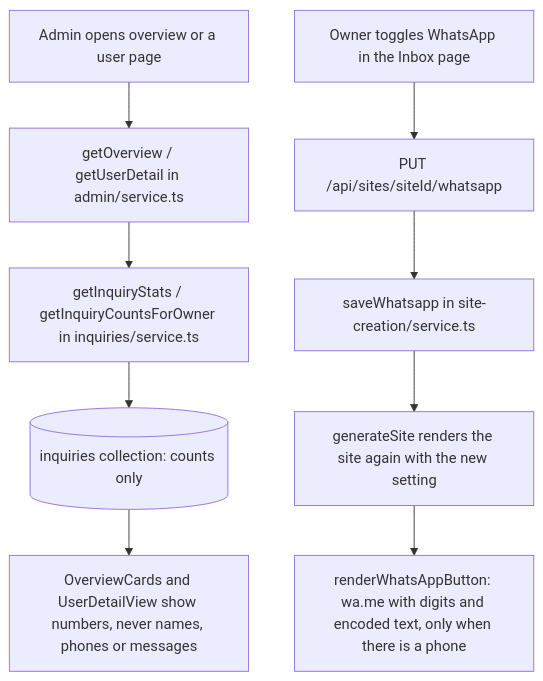
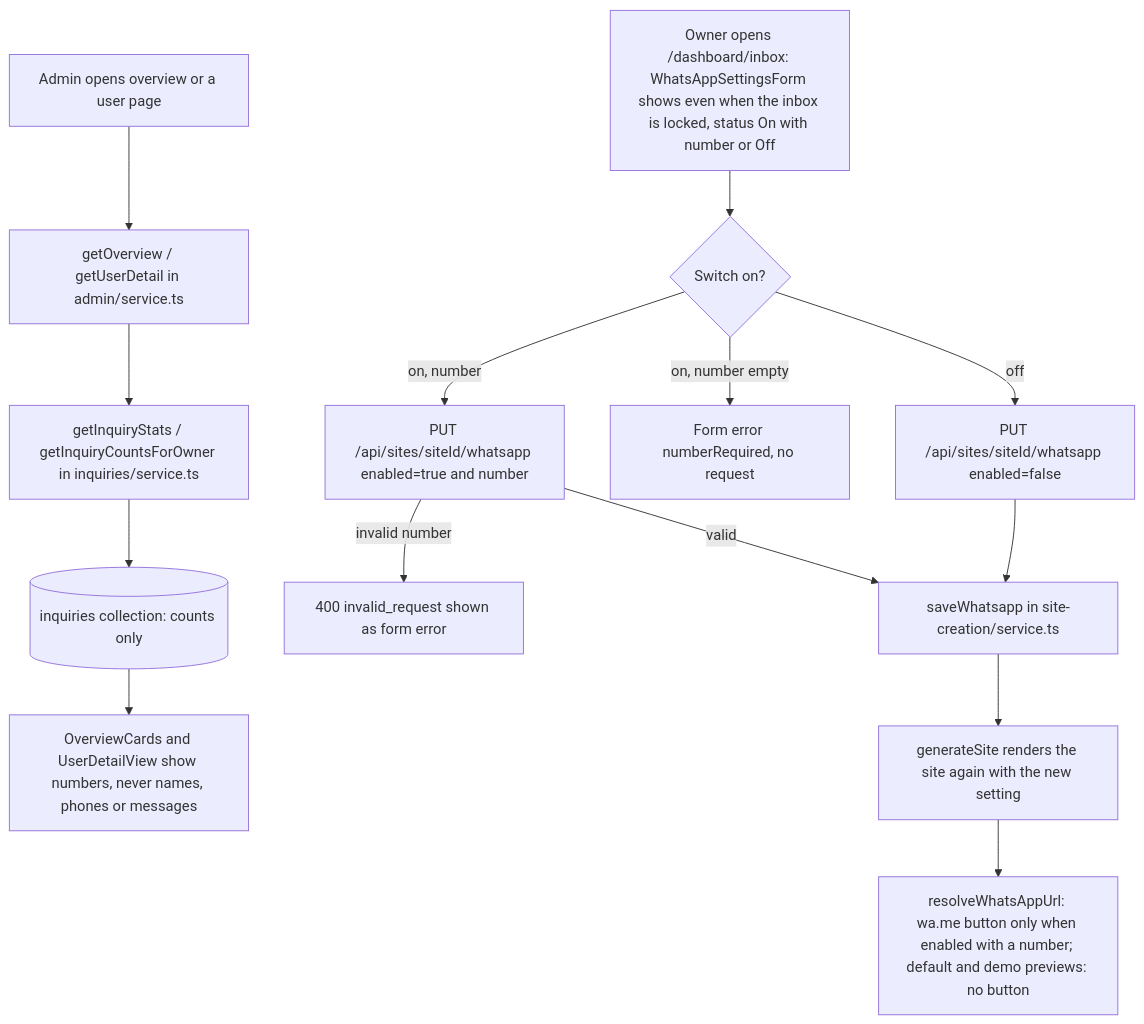
The fourth of 4 diagrams in docs/flows/inquiries.md (AhmedElnagarUU/mabilder), drawn with Mermaid before and after one commit. The commit also changed 7 other files, not shown here.

Commit message:
WhatsApp button opt-in: off by default (no button in template demos and previews), owner switches it on with a number in the dashboard, also when the inbox is locked

````diff
--- a/docs/flows/inquiries.md
+++ b/docs/flows/inquiries.md
@@ -91,11 +91,16 @@
 ```mermaid
 flowchart TD
   A[Admin opens overview or a user page] --> GO[getOverview / getUserDetail in admin/service.ts]
   GO --> GS[getInquiryStats / getInquiryCountsForOwner in inquiries/service.ts]
   GS --> DB[(inquiries collection: counts only)]
   DB --> AV[OverviewCards and UserDetailView show numbers, never names, phones or messages]
-  W[Owner toggles WhatsApp in the Inbox page] --> WP[PUT /api/sites/siteId/whatsapp]
+  W[Owner opens /dashboard/inbox: WhatsAppSettingsForm shows even when the inbox is locked, status On with number or Off] --> SWT{Switch on?}
+  SWT -- off --> WP[PUT /api/sites/siteId/whatsapp enabled=false]
+  SWT -- on, number empty --> NR[Form error numberRequired, no request]
+  SWT -- on, number --> WP2[PUT /api/sites/siteId/whatsapp enabled=true and number]
+  WP2 -- invalid number --> B400[400 invalid_request shown as form error]
   WP --> SW[saveWhatsapp in site-creation/service.ts]
+  WP2 -- valid --> SW
   SW --> GN[generateSite renders the site again with the new setting]
-  GN --> BTN[renderWhatsAppButton: wa.me with digits and encoded text, only when there is a phone]
+  GN --> BTN[resolveWhatsAppUrl: wa.me button only when enabled with a number; default and demo previews: no button]
 ```
````
